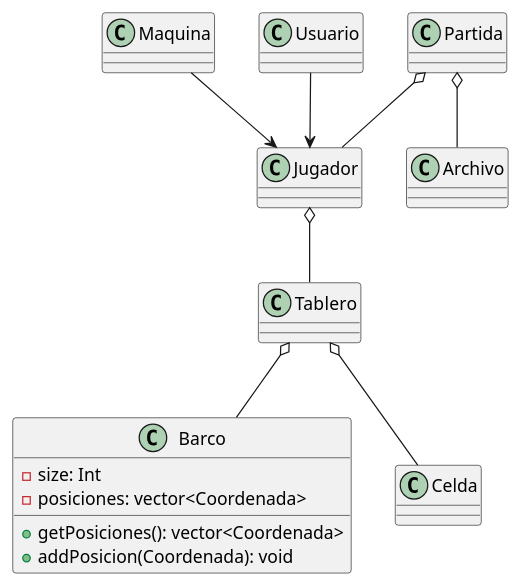
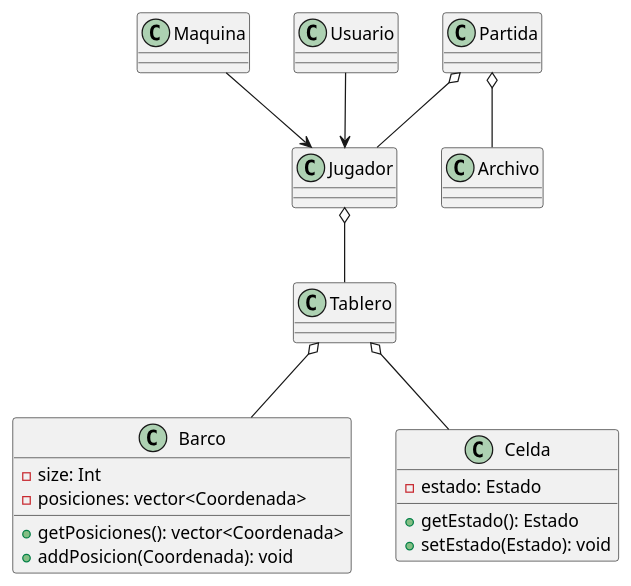
Before and after one commit to santiago6124/ProyectoFinalProg2: the diagram in docs/diagrama.wsd, drawn with PlantUML.

Commit message:
diagram v3 updated

```diff
--- a/docs/diagrama.wsd
+++ b/docs/diagrama.wsd
@@ -1,46 +1,49 @@
 @startuml
 
 
 class Tablero {
 }
 
 class Jugador {
 }
 
 Jugador o-- Tablero
 
 class Maquina {
 }
 
 class Usuario{
 }
 
 Maquina --> Jugador
 Usuario --> Jugador
 
 class Barco {
     - size: Int
     - posiciones: vector<Coordenada>
     + getPosiciones(): vector<Coordenada>
     + addPosicion(Coordenada): void
 }
 
 Tablero o-- Barco
 
 ' Casillero=Coordenada=Celda
 class Celda{
+    - estado: Estado
+    + getEstado(): Estado
+    + setEstado(Estado): void
 }
 
 Tablero o-- Celda
 
 class Partida{
 }
 
 Partida o-- Jugador
 
 class Archivo{
 }
 
 Partida o-- Archivo
 
 @enduml
```
